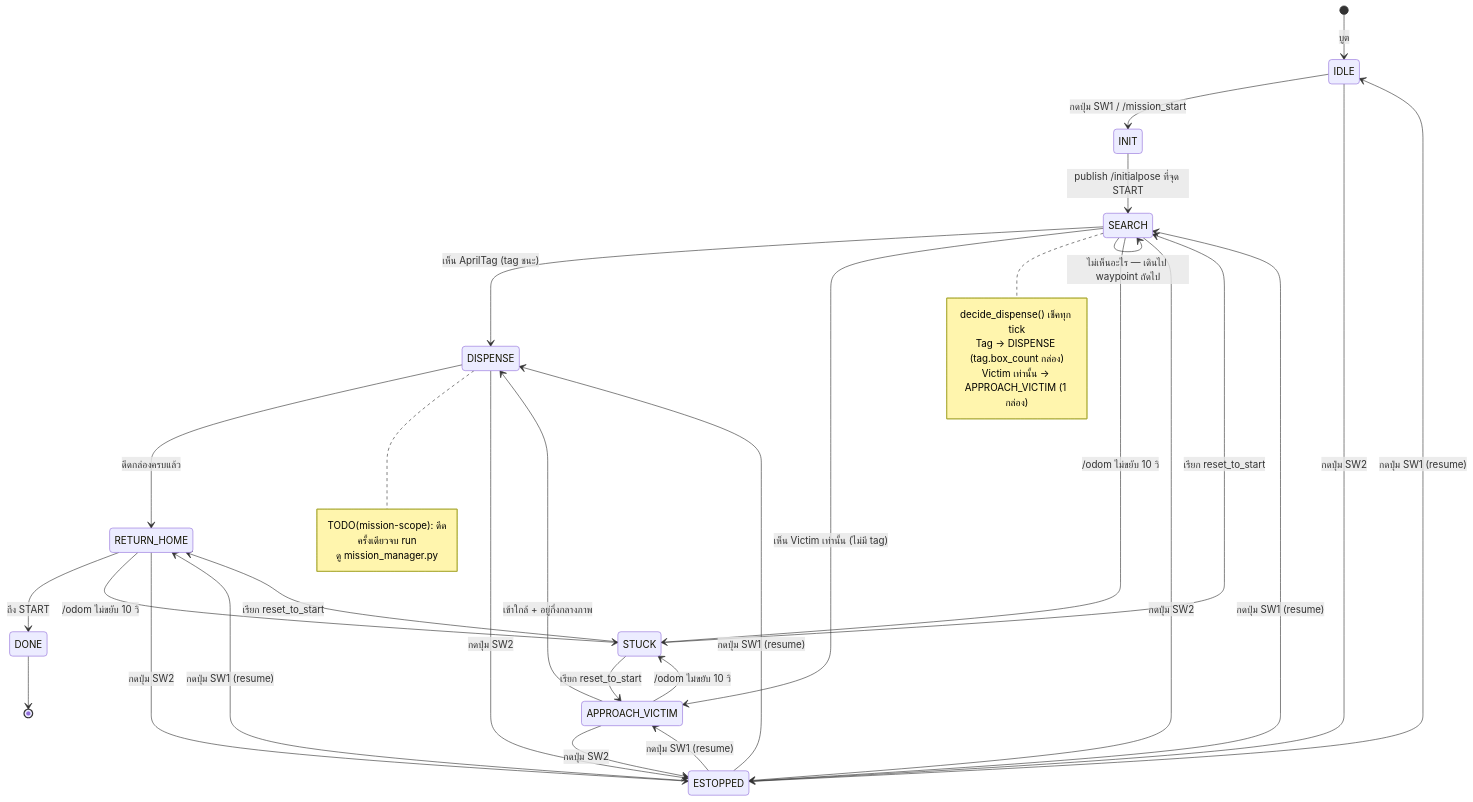
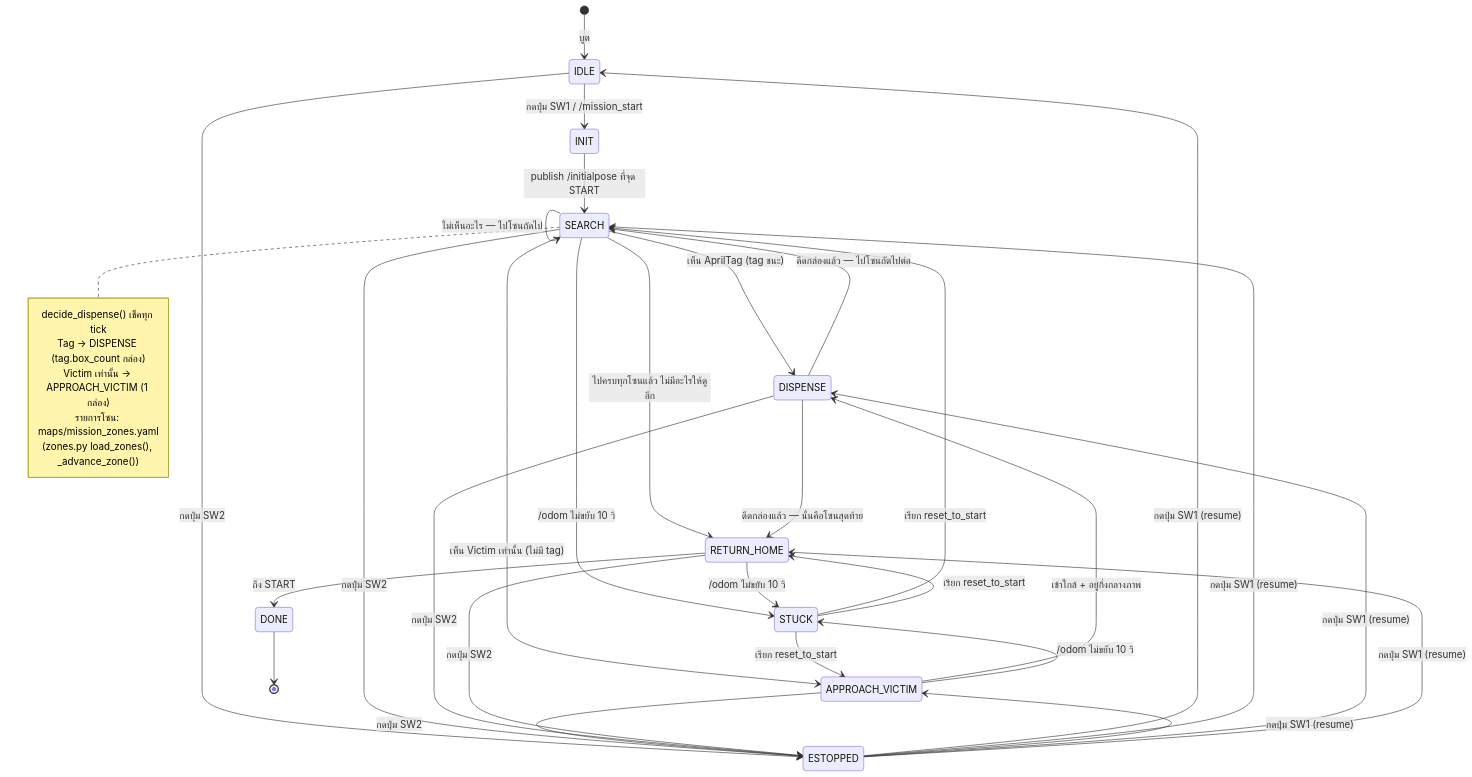
One commit to robotkub/turtlebot3 changed the diagram in docs/th/07-run-mission.md. Above: the diagram before and after it, drawn with Mermaid. The commit also changed other lines of this file and 10 other files, not shown here.

````diff
--- a/docs/th/07-run-mission.md
+++ b/docs/th/07-run-mission.md
@@ -20,49 +20,48 @@
 ```mermaid
 stateDiagram-v2
     [*] --> IDLE : บูต
 
     IDLE --> INIT : กดปุ่ม SW1 / /mission_start
 
     INIT --> SEARCH : publish /initialpose ที่จุด START
 
     SEARCH --> DISPENSE : เห็น AprilTag (tag ชนะ)
     SEARCH --> APPROACH_VICTIM : เห็น Victim เท่านั้น (ไม่มี tag)
-    SEARCH --> SEARCH : ไม่เห็นอะไร — เดินไป waypoint ถัดไป
+    SEARCH --> SEARCH : ไม่เห็นอะไร — ไปโซนถัดไป
+    SEARCH --> RETURN_HOME : ไปครบทุกโซนแล้ว ไม่มีอะไรให้ดูอีก
 
     APPROACH_VICTIM --> DISPENSE : เข้าใกล้ + อยู่กึ่งกลางภาพ
 
-    DISPENSE --> RETURN_HOME : ดีดกล่องครบแล้ว
+    DISPENSE --> SEARCH : ดีดกล่องแล้ว — ไปโซนถัดไปต่อ
+    DISPENSE --> RETURN_HOME : ดีดกล่องแล้ว — นั่นคือโซนสุดท้าย
 
     RETURN_HOME --> DONE : ถึง START
 
     DONE --> [*]
 
     note right of SEARCH
         decide_dispense() เช็คทุก tick
         Tag → DISPENSE (tag.box_count กล่อง)
         Victim เท่านั้น → APPROACH_VICTIM (1 กล่อง)
-    end note
-
-    note right of DISPENSE
-        TODO(mission-scope): ดีดครั้งเดียวจบ run
-        ดู mission_manager.py
+        รายการโซน: maps/mission_zones.yaml
+        (zones.py load_zones(), _advance_zone())
     end note
 
     SEARCH --> STUCK : /odom ไม่ขยับ 10 วิ
     APPROACH_VICTIM --> STUCK : /odom ไม่ขยับ 10 วิ
     RETURN_HOME --> STUCK : /odom ไม่ขยับ 10 วิ
     STUCK --> SEARCH : เรียก reset_to_start
     STUCK --> APPROACH_VICTIM : เรียก reset_to_start
     STUCK --> RETURN_HOME : เรียก reset_to_start
 
     IDLE --> ESTOPPED : กดปุ่ม SW2
     SEARCH --> ESTOPPED : กดปุ่ม SW2
     APPROACH_VICTIM --> ESTOPPED : กดปุ่ม SW2
     DISPENSE --> ESTOPPED : กดปุ่ม SW2
     RETURN_HOME --> ESTOPPED : กดปุ่ม SW2
     ESTOPPED --> IDLE : กดปุ่ม SW1 (resume)
     ESTOPPED --> SEARCH : กดปุ่ม SW1 (resume)
     ESTOPPED --> APPROACH_VICTIM : กดปุ่ม SW1 (resume)
     ESTOPPED --> DISPENSE : กดปุ่ม SW1 (resume)
     ESTOPPED --> RETURN_HOME : กดปุ่ม SW1 (resume)
 ```
````
